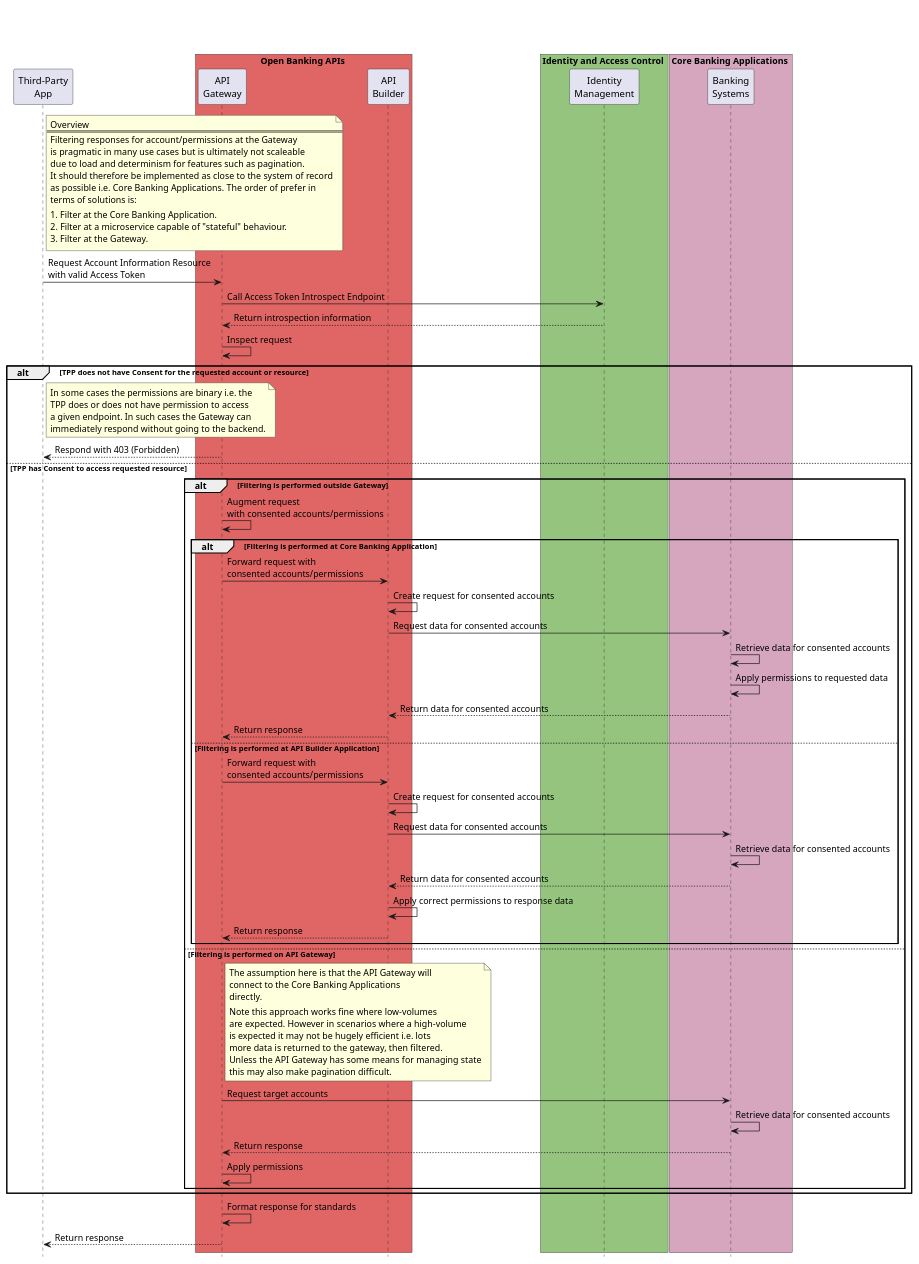
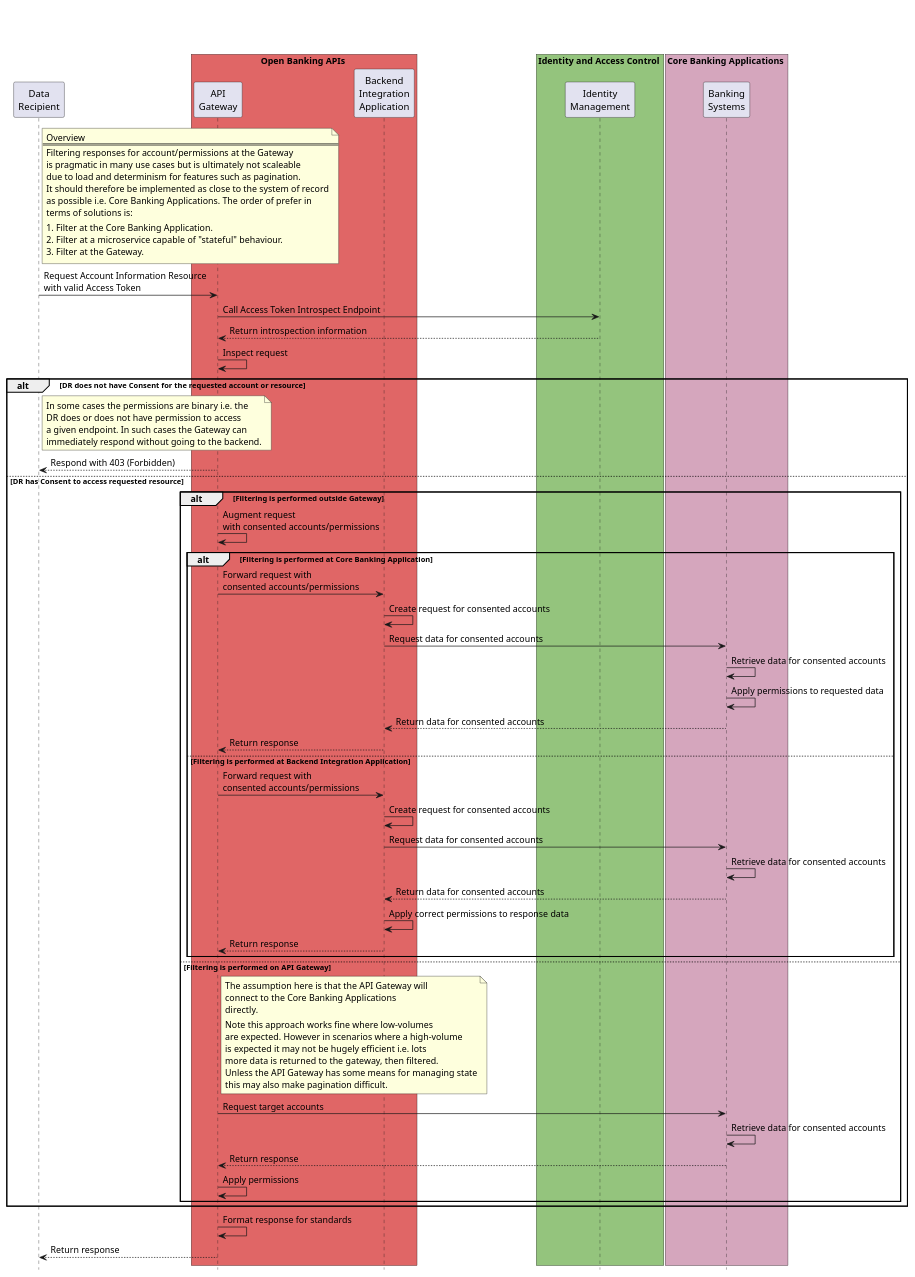
The diagram in src/plant-uml/user-consent-filtering-arch-overview.puml (Axway/open-banking-docs), drawn with PlantUML before and after one commit. The commit also changed 14 other files, not shown here.

```diff
--- a/src/plant-uml/user-consent-filtering-arch-overview.puml
+++ b/src/plant-uml/user-consent-filtering-arch-overview.puml
@@ -1,108 +1,108 @@
 @startuml Applying_Consent_Sequence
 
 title \n\n
 
-participant "Third-Party\nApp" as TPP
+participant "Data\nRecipient" as DR
 
 box Open Banking APIs #e06666 
 participant "API\nGateway" as API_GATEWAY
-participant "API\nBuilder" as API_BUILDER
+participant "Backend\nIntegration\nApplication" as BIA
 end box
 
 box Identity and Access Control #94c47d
 participant "Identity\nManagement" as IAM
 end box
 
 box Core Banking Applications #d5a6bd
 participant "Banking\nSystems" as ASPSP_API
 end box
 
 hide footbox
 
 
-note right of TPP
+note right of DR
 Overview
 ===
 Filtering responses for account/permissions at the Gateway
 is pragmatic in many use cases but is ultimately not scaleable
 due to load and determinism for features such as pagination.
 It should therefore be implemented as close to the system of record
 as possible i.e. Core Banking Applications. The order of prefer in
 terms of solutions is:
 |||
 1. Filter at the Core Banking Application.
 2. Filter at a microservice capable of "stateful" behaviour.
 3. Filter at the Gateway.
 end note
 
-TPP -> API_GATEWAY: Request Account Information Resource\nwith valid Access Token
+DR -> API_GATEWAY: Request Account Information Resource\nwith valid Access Token
 
 API_GATEWAY -> IAM: Call Access Token Introspect Endpoint
 API_GATEWAY <-- IAM: Return introspection information
 API_GATEWAY -> API_GATEWAY: Inspect request
 
-alt TPP does not have Consent for the requested account or resource
+alt DR does not have Consent for the requested account or resource
 
-note right of TPP
+note right of DR
 In some cases the permissions are binary i.e. the
-TPP does or does not have permission to access
+DR does or does not have permission to access
 a given endpoint. In such cases the Gateway can
 immediately respond without going to the backend.
 end note
 
-TPP <-- API_GATEWAY: Respond with 403 (Forbidden)
+DR <-- API_GATEWAY: Respond with 403 (Forbidden)
 
-else TPP has Consent to access requested resource
+else DR has Consent to access requested resource
 
 alt Filtering is performed outside Gateway
 API_GATEWAY -> API_GATEWAY: Augment request\nwith consented accounts/permissions
 
 alt Filtering is performed at Core Banking Application
 
-API_GATEWAY -> API_BUILDER: Forward request with\nconsented accounts/permissions
-API_BUILDER -> API_BUILDER: Create request for consented accounts
-API_BUILDER -> ASPSP_API: Request data for consented accounts
+API_GATEWAY -> BIA: Forward request with\nconsented accounts/permissions
+BIA -> BIA: Create request for consented accounts
+BIA -> ASPSP_API: Request data for consented accounts
 ASPSP_API -> ASPSP_API: Retrieve data for consented accounts
 ASPSP_API -> ASPSP_API: Apply permissions to requested data
-API_BUILDER <-- ASPSP_API: Return data for consented accounts
-API_GATEWAY <-- API_BUILDER: Return response
+BIA <-- ASPSP_API: Return data for consented accounts
+API_GATEWAY <-- BIA: Return response
 
-else Filtering is performed at API Builder Application
+else Filtering is performed at Backend Integration Application
 
-API_GATEWAY -> API_BUILDER: Forward request with\nconsented accounts/permissions
-API_BUILDER -> API_BUILDER: Create request for consented accounts
-API_BUILDER -> ASPSP_API: Request data for consented accounts
+API_GATEWAY -> BIA: Forward request with\nconsented accounts/permissions
+BIA -> BIA: Create request for consented accounts
+BIA -> ASPSP_API: Request data for consented accounts
 ASPSP_API -> ASPSP_API: Retrieve data for consented accounts
-API_BUILDER <-- ASPSP_API: Return data for consented accounts
-API_BUILDER -> API_BUILDER: Apply correct permissions to response data
-API_GATEWAY <-- API_BUILDER: Return response
+BIA <-- ASPSP_API: Return data for consented accounts
+BIA -> BIA: Apply correct permissions to response data
+API_GATEWAY <-- BIA: Return response
 
 end alt
 
 else Filtering is performed on API Gateway
 
 note right of API_GATEWAY
 The assumption here is that the API Gateway will
 connect to the Core Banking Applications 
 directly.
 |||
 Note this approach works fine where low-volumes
 are expected. However in scenarios where a high-volume
 is expected it may not be hugely efficient i.e. lots
 more data is returned to the gateway, then filtered.
 Unless the API Gateway has some means for managing state
 this may also make pagination difficult.
 end note
 
 API_GATEWAY -> ASPSP_API: Request target accounts
 ASPSP_API -> ASPSP_API: Retrieve data for consented accounts
 API_GATEWAY <-- ASPSP_API: Return response
 API_GATEWAY -> API_GATEWAY: Apply permissions
 
 end alt
 end alt
 
 API_GATEWAY -> API_GATEWAY: Format response for standards
-TPP <-- API_GATEWAY: Return response
+DR <-- API_GATEWAY: Return response
 
 @enduml
```
